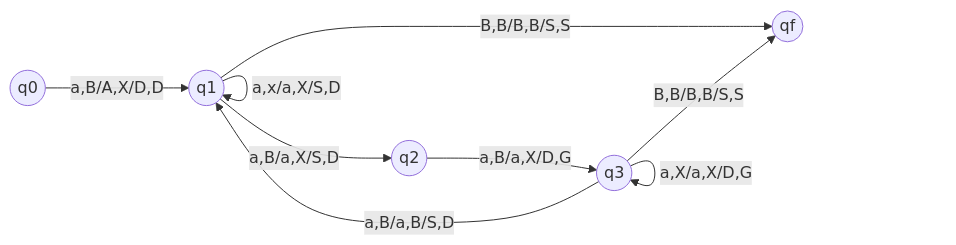
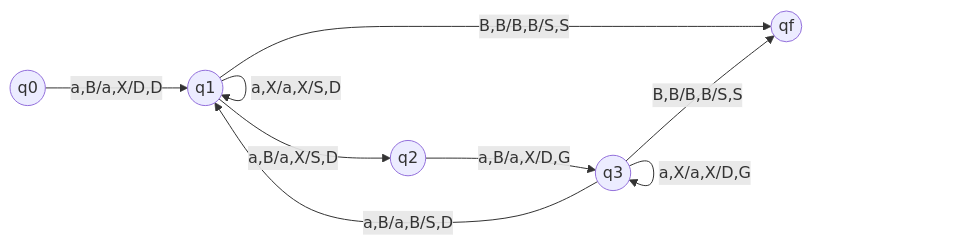
Before and after one commit to FlorianLatapie/PNS-SI4-S7_Algorithmique: the sixth of 7 diagrams in TDs/TD2/TD2.md, drawn with Mermaid. The commit also changed other lines of this file, not shown here.

````diff
--- a/TDs/TD2/TD2.md
+++ b/TDs/TD2/TD2.md
@@ -139,16 +174,16 @@
 ```mermaid
 graph LR
-    q0((q0)) --> | a,B/A,X/D,D | q1
+    q0((q0)) --> | a,B/a,X/D,D | q1
 
-    q1((q1)) --> | a,x/a,X/S,D | q1
+    q1((q1)) --> | a,X/a,X/S,D | q1
     q1((q1)) --> | B,B/B,B/S,S | qf
     q1((q1)) --> | a,B/a,X/S,D | q2
 
     q2((q2)) --> | a,B/a,X/D,G | q3
 
     q3((q3)) --> | a,X/a,X/D,G | q3
     q3((q3)) --> | a,B/a,B/S,D | q1
     q3((q3)) --> | B,B/B,B/S,S | qf
 
     qf((qf))
 ```
````
